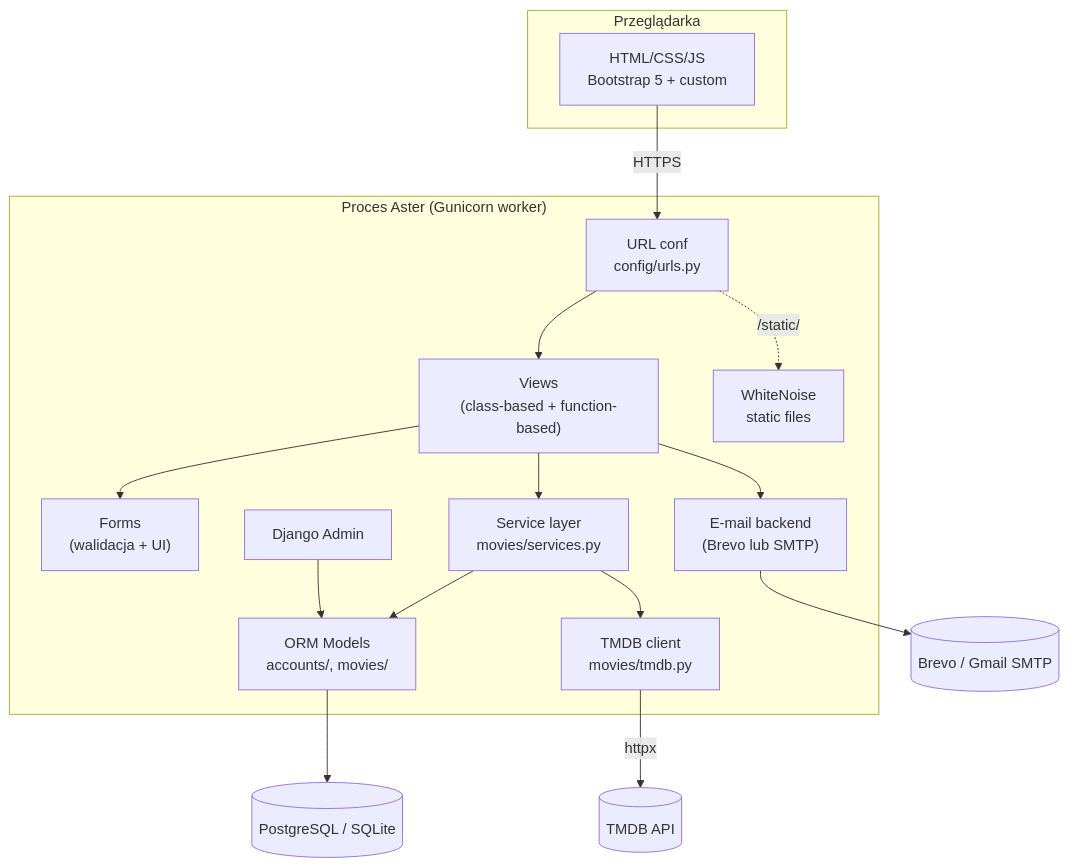
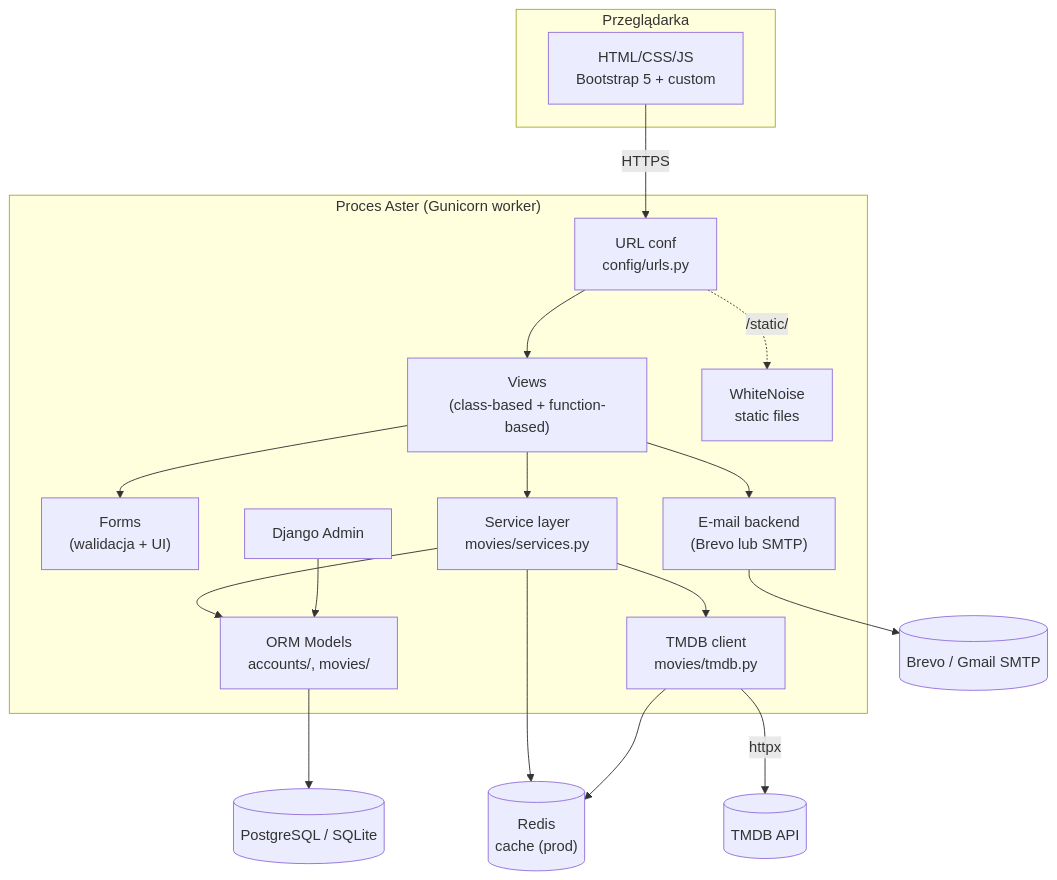
The second of 2 diagrams in docs/architecture/system.md (agatav13/aster), drawn with Mermaid before and after one commit. The commit also changed other lines of this file and 8 other files, not shown here.

First line of the commit message:
docs: sync community follow, Redis cache, htmx detail, TMDB caching

````diff
--- a/docs/architecture/system.md
+++ b/docs/architecture/system.md
@@ -29,35 +29,38 @@
 ```mermaid
 graph TD
     subgraph Browser["Przeglądarka"]
         UI["HTML/CSS/JS<br/>Bootstrap 5 + custom"]
     end
 
     subgraph Aster["Proces Aster (Gunicorn worker)"]
         URLs["URL conf<br/>config/urls.py"]
         Views["Views<br/>(class-based + function-based)"]
         Forms["Forms<br/>(walidacja + UI)"]
         Services["Service layer<br/>movies/services.py"]
         Models["ORM Models<br/>accounts/, movies/"]
         Admin["Django Admin"]
         TmdbClient["TMDB client<br/>movies/tmdb.py"]
         Email["E-mail backend<br/>(Brevo lub SMTP)"]
         WhiteNoise["WhiteNoise<br/>static files"]
     end
 
     DB[(PostgreSQL / SQLite)]
+    Redis[("Redis<br/>cache (prod)")]
     TMDB[(TMDB API)]
     BrevoOrSMTP[(Brevo / Gmail SMTP)]
 
     UI -->|HTTPS| URLs
     URLs --> Views
     Views --> Forms
     Views --> Services
     Services --> Models
     Services --> TmdbClient
+    Services --> Redis
+    TmdbClient --> Redis
     Models --> DB
     TmdbClient -->|httpx| TMDB
     Views --> Email
     Email --> BrevoOrSMTP
     URLs -.->|/static/| WhiteNoise
     Admin --> Models
 ```
````
